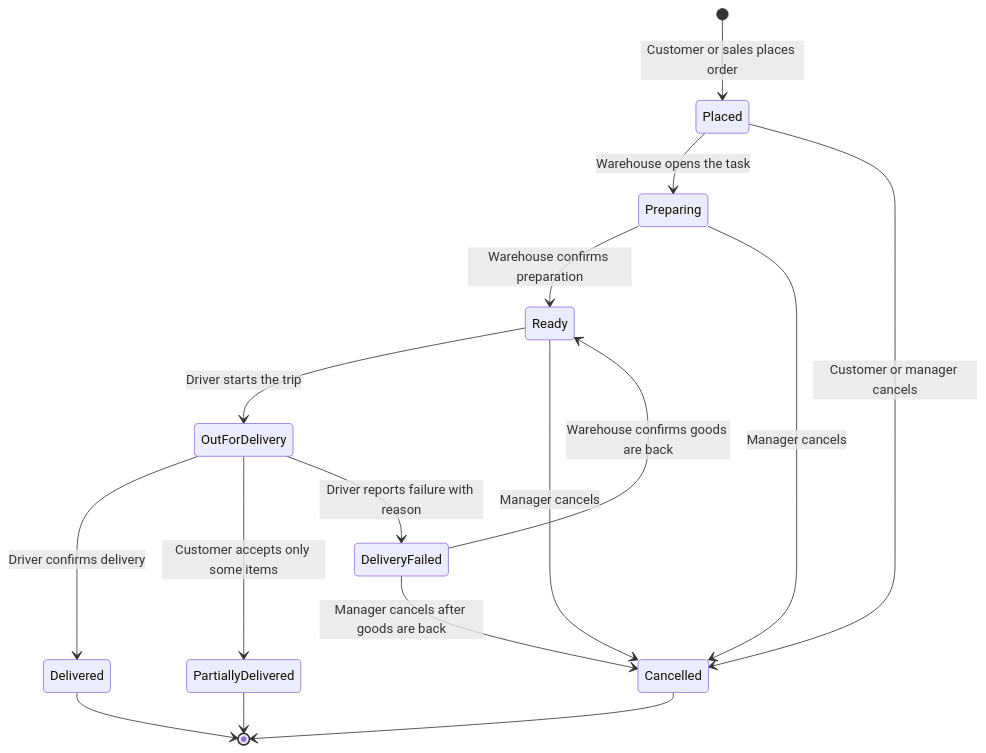
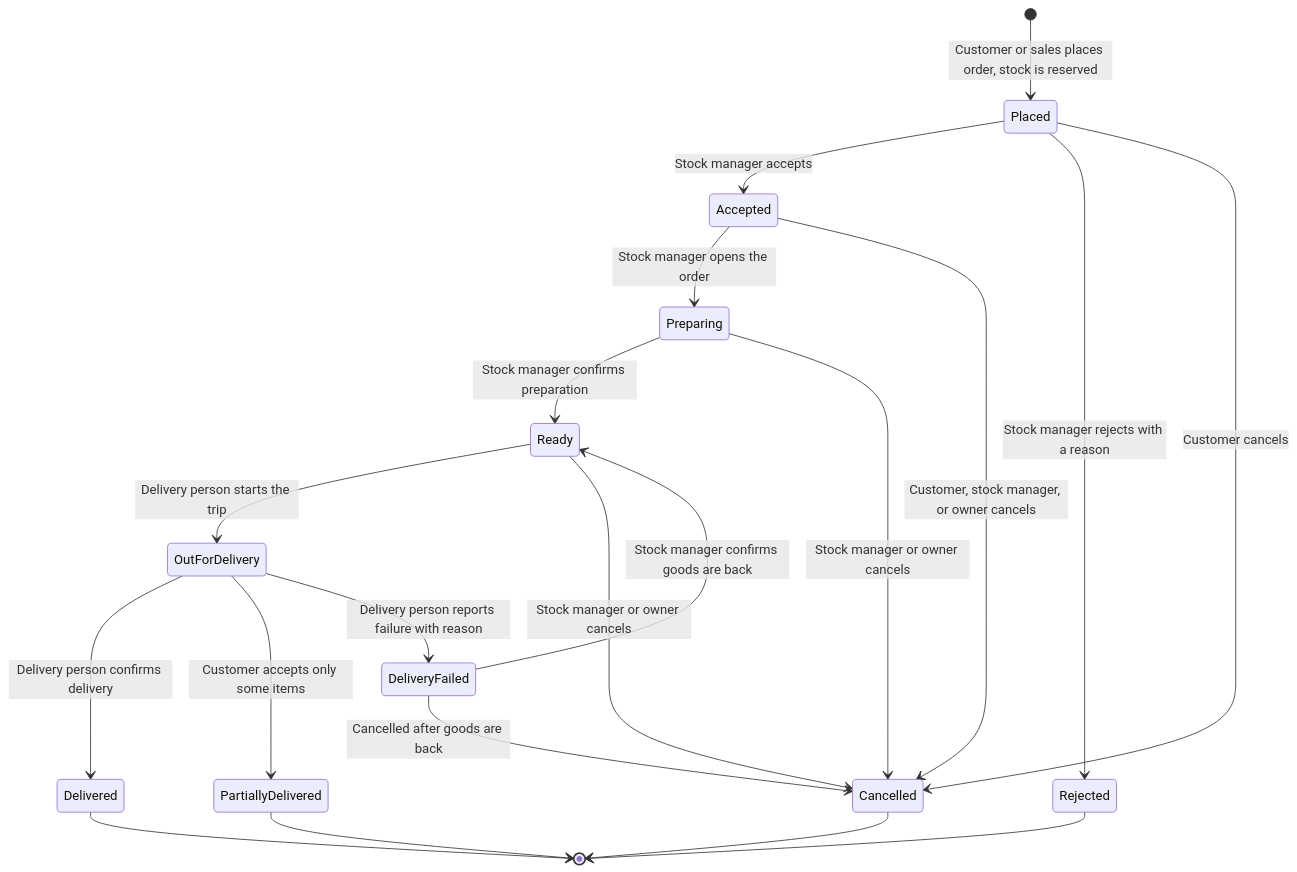
One commit to AhmedElnagarUU/Cosmo changed the first of 4 diagrams in docs/workflows/01-order-lifecycle.md. Above: the diagram before and after it, drawn with Mermaid. The commit also changed other lines of this file and 33 other files, not shown here.

````diff
--- a/docs/workflows/01-order-lifecycle.md
+++ b/docs/workflows/01-order-lifecycle.md
@@ -9,18 +9,22 @@
 ```mermaid
 stateDiagram-v2
-    [*] --> Placed: Customer or sales places order
-    Placed --> Preparing: Warehouse opens the task
-    Preparing --> Ready: Warehouse confirms preparation
-    Ready --> OutForDelivery: Driver starts the trip
-    OutForDelivery --> Delivered: Driver confirms delivery
+    [*] --> Placed: Customer or sales places order, stock is reserved
+    Placed --> Accepted: Stock manager accepts
+    Placed --> Rejected: Stock manager rejects with a reason
+    Accepted --> Preparing: Stock manager opens the order
+    Preparing --> Ready: Stock manager confirms preparation
+    Ready --> OutForDelivery: Delivery person starts the trip
+    OutForDelivery --> Delivered: Delivery person confirms delivery
     OutForDelivery --> PartiallyDelivered: Customer accepts only some items
-    OutForDelivery --> DeliveryFailed: Driver reports failure with reason
-    DeliveryFailed --> Ready: Warehouse confirms goods are back
-    DeliveryFailed --> Cancelled: Manager cancels after goods are back
-    Placed --> Cancelled: Customer or manager cancels
-    Preparing --> Cancelled: Manager cancels
-    Ready --> Cancelled: Manager cancels
+    OutForDelivery --> DeliveryFailed: Delivery person reports failure with reason
+    DeliveryFailed --> Ready: Stock manager confirms goods are back
+    DeliveryFailed --> Cancelled: Cancelled after goods are back
+    Placed --> Cancelled: Customer cancels
+    Accepted --> Cancelled: Customer, stock manager, or owner cancels
+    Preparing --> Cancelled: Stock manager or owner cancels
+    Ready --> Cancelled: Stock manager or owner cancels
     Delivered --> [*]
     PartiallyDelivered --> [*]
+    Rejected --> [*]
     Cancelled --> [*]
 ```
````
